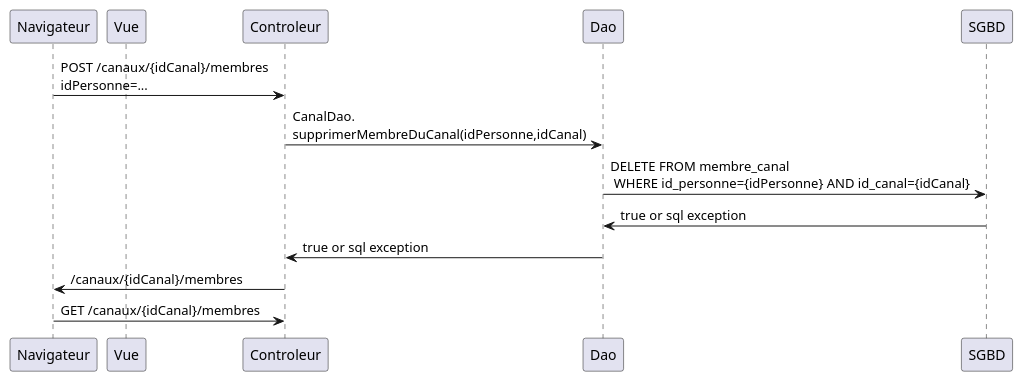
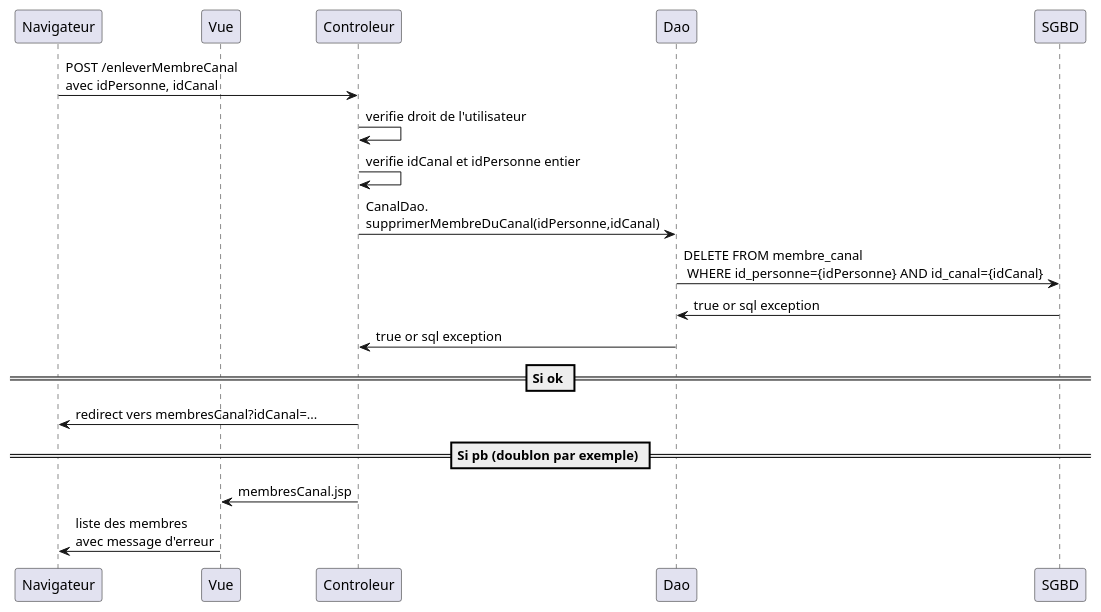
The diagram in src/main/webapp/WEB-INF/doc/SupprimerMembreDuCanal.puml (michel-plasse/cdaMassy2021), drawn with PlantUML before and after one commit.

```diff
--- a/src/main/webapp/WEB-INF/doc/SupprimerMembreDuCanal.puml
+++ b/src/main/webapp/WEB-INF/doc/SupprimerMembreDuCanal.puml
@@ -1,12 +1,17 @@
 @startuml 
 participant Navigateur 
 participant Vue  
-Navigateur -> Controleur : POST /canaux/{idCanal}/membres\nidPersonne=... 
+Navigateur -> Controleur : POST /enleverMembreCanal\navec idPersonne, idCanal
+Controleur -> Controleur: verifie droit de l'utilisateur
+Controleur -> Controleur: verifie idCanal et idPersonne entier
 Controleur -> Dao: CanalDao.\nsupprimerMembreDuCanal(idPersonne,idCanal)
 Dao -> SGBD: DELETE FROM membre_canal \n WHERE id_personne={idPersonne} AND id_canal={idCanal}
 SGBD -> Dao: true or sql exception 
 Dao -> Controleur: true or sql exception 
-Controleur -> Navigateur: /canaux/{idCanal}/membres
-Navigateur -> Controleur: GET /canaux/{idCanal}/membres 
+== Si ok ==
+Controleur -> Navigateur: redirect vers membresCanal?idCanal=...
+== Si pb (doublon par exemple) ==
+Controleur -> Vue: membresCanal.jsp
+Vue -> Navigateur: liste des membres\navec message d'erreur
 
 @enduml
```
